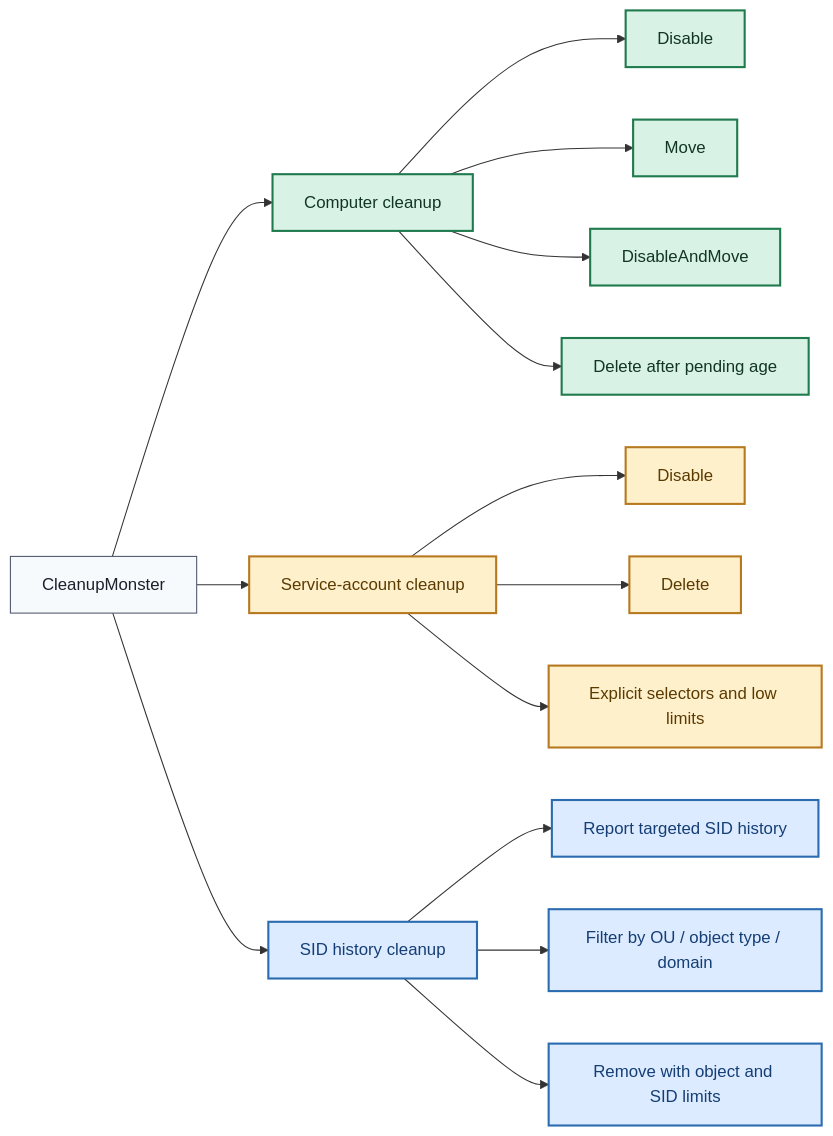
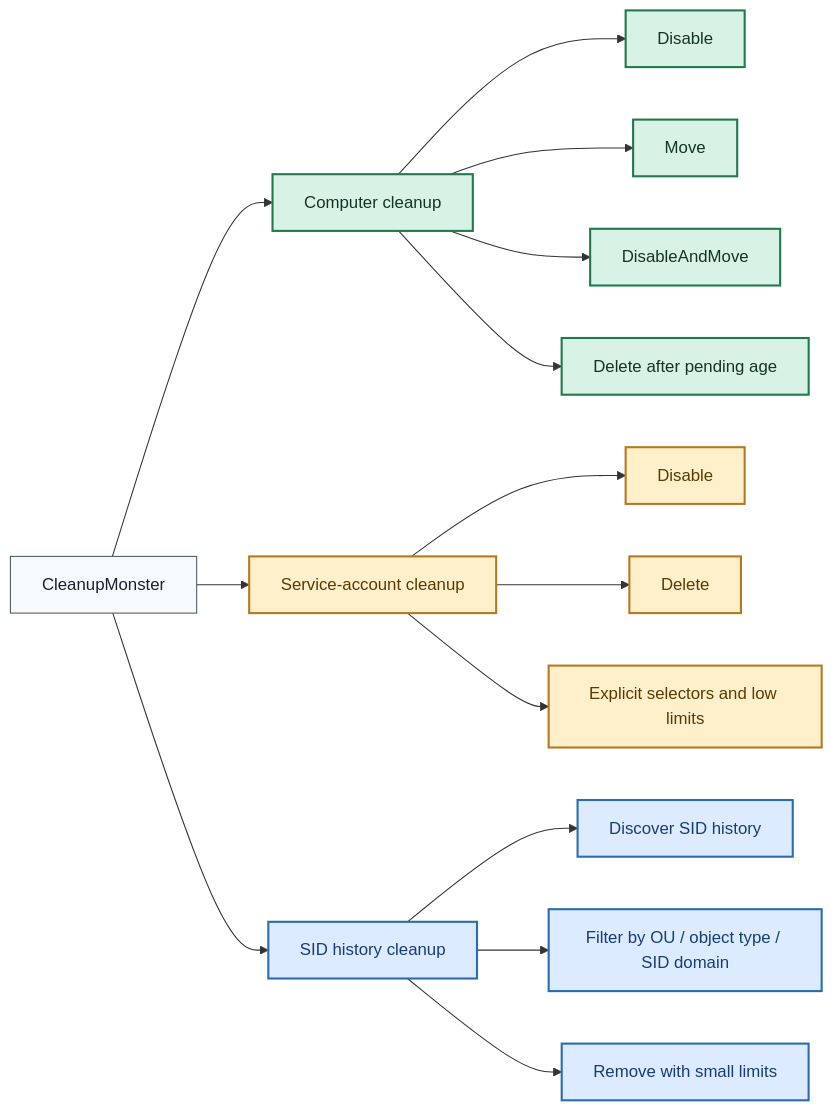
The first of 4 diagrams in README.MD (EvotecIT/CleanupMonster), drawn with Mermaid before and after one commit. The commit also changed other lines of this file, not shown here.

````diff
--- a/README.MD
+++ b/README.MD
@@ -75,29 +87,29 @@
 ```mermaid
 flowchart LR
     classDef computer fill:#D9F2E6,stroke:#1F7A4D,stroke-width:2px,color:#123524;
     classDef service fill:#FFF0CC,stroke:#B7791F,stroke-width:2px,color:#5B3A00;
     classDef sid fill:#DCEBFF,stroke:#2B6CB0,stroke-width:2px,color:#153E75;
     classDef action fill:#F7FAFC,stroke:#4A5568,stroke-width:1px,color:#1A202C;
 
     A["CleanupMonster"] --> B["Computer cleanup"]
     A --> C["Service-account cleanup"]
     A --> D["SID history cleanup"]
 
     B --> B1["Disable"]
     B --> B2["Move"]
     B --> B3["DisableAndMove"]
     B --> B4["Delete after pending age"]
 
     C --> C1["Disable"]
     C --> C2["Delete"]
     C --> C3["Explicit selectors and low limits"]
 
-    D --> D1["Report targeted SID history"]
-    D --> D2["Filter by OU / object type / domain"]
-    D --> D3["Remove with object and SID limits"]
+    D --> D1["Discover SID history"]
+    D --> D2["Filter by OU / object type / SID domain"]
+    D --> D3["Remove with small limits"]
 
     class B,B1,B2,B3,B4 computer;
     class C,C1,C2,C3 service;
     class D,D1,D2,D3 sid;
     class A action;
 ```
````
